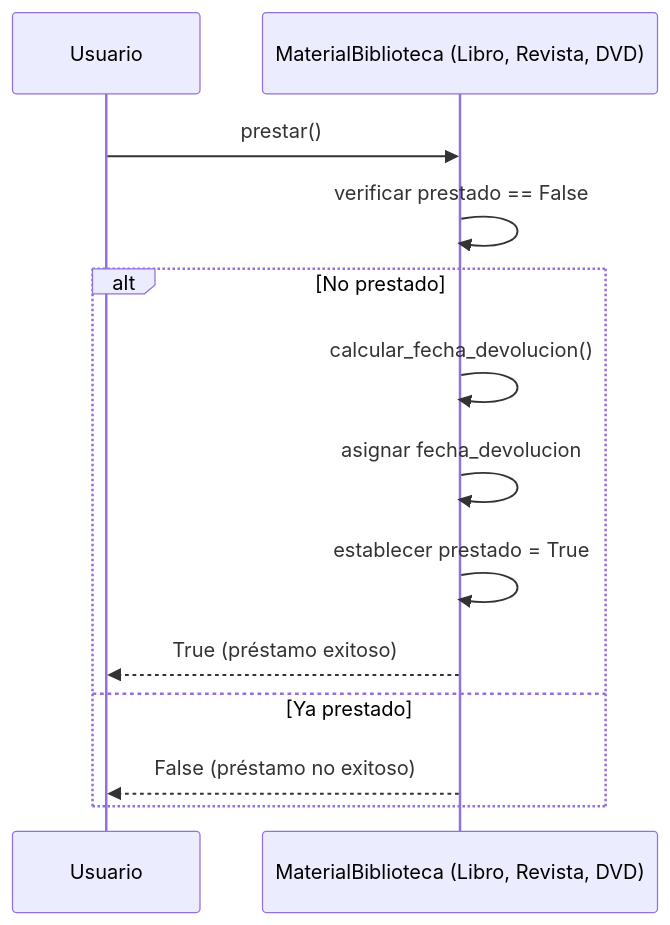
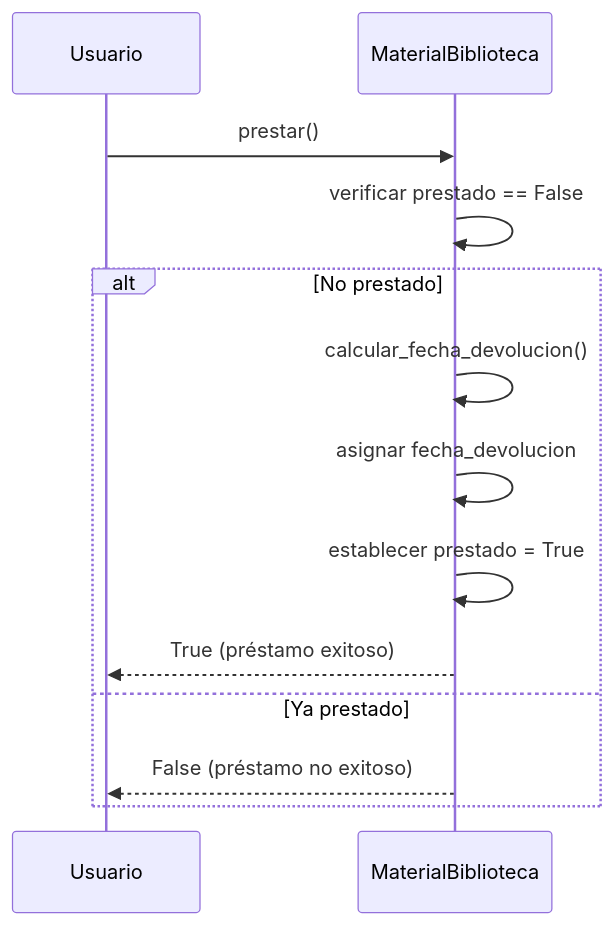
The diagram in diagramaSecuencia.mmd (Uruk707/Clase14_11), drawn with Mermaid before and after one commit.

```diff
--- a/diagramaSecuencia.mmd
+++ b/diagramaSecuencia.mmd
@@ -1,14 +1,14 @@
 sequenceDiagram
     participant Usuario
-    participant MaterialBiblioteca as MaterialBiblioteca (Libro, Revista, DVD)
+    participant MaterialBiblioteca as MaterialBiblioteca
 
     Usuario ->> MaterialBiblioteca: prestar()
     MaterialBiblioteca ->> MaterialBiblioteca: verificar prestado == False
     alt No prestado
         MaterialBiblioteca ->> MaterialBiblioteca: calcular_fecha_devolucion()
         MaterialBiblioteca ->> MaterialBiblioteca: asignar fecha_devolucion
         MaterialBiblioteca ->> MaterialBiblioteca: establecer prestado = True
         MaterialBiblioteca -->> Usuario: True (préstamo exitoso)
     else Ya prestado
         MaterialBiblioteca -->> Usuario: False (préstamo no exitoso)
     end
```
